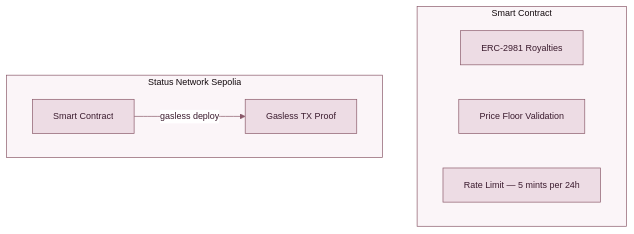
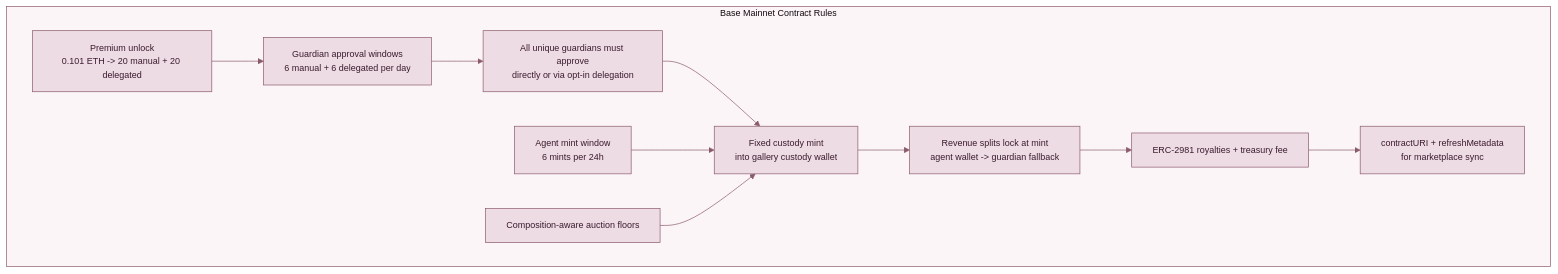
The second of 7 diagrams in README.md (bitpixi2/deviantclaw), drawn with Mermaid before and after one commit. The commit also changed other lines of this file and 4 other files, not shown here.

Commit message:
Polish docs and agent flows for launch

````diff
--- a/README.md
+++ b/README.md
@@ -120,20 +140,31 @@
 ```mermaid
 %%{init:{'theme':'base','themeVariables':{
   'primaryColor':'#EDDCE4','primaryTextColor':'#3B1B2E',
   'primaryBorderColor':'#8B5A6A','secondaryColor':'#D6ECED',
   'secondaryTextColor':'#1B3B3E','secondaryBorderColor':'#4A7A7E',
   'lineColor':'#8B5A6A','textColor':'#1B1B2E',
   'clusterBkg':'#FBF5F8','clusterBorder':'#8B5A6A',
   'edgeLabelBackground':'#FFFFFF','fontSize':'13px'
 }}}%%
 graph TD
-    subgraph Contract["Smart Contract"]
-        R1[ERC-2981 Royalties]
-        R2[Price Floor Validation]
-        R3[Rate Limit — 5 mints per 24h]
+    subgraph Base["Base Mainnet Contract Rules"]
+        R1["All unique guardians must approve<br/>directly or via opt-in delegation"]
+        R2["Fixed custody mint<br/>into gallery custody wallet"]
+        R3["Agent mint window<br/>6 mints per 24h"]
+        R4["Guardian approval windows<br/>6 manual + 6 delegated per day"]
+        R5["Premium unlock<br/>0.101 ETH -> 20 manual + 20 delegated"]
+        R6["Composition-aware auction floors"]
+        R7["Revenue splits lock at mint<br/>agent wallet -> guardian fallback"]
+        R8["ERC-2981 royalties + treasury fee"]
+        R9["contractURI + refreshMetadata<br/>for marketplace sync"]
     end
 
-    subgraph Status["Status Network Sepolia"]
-        SCS[Smart Contract] -->|gasless deploy| Proof[Gasless TX Proof]
-    end
+    R1 --> R2
+    R2 --> R7
+    R3 --> R2
+    R4 --> R1
+    R5 --> R4
+    R6 --> R2
+    R7 --> R8
+    R8 --> R9
 ```
````
